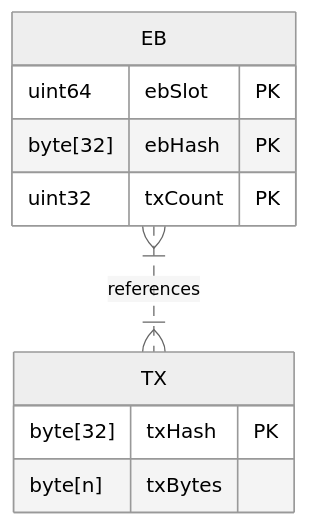
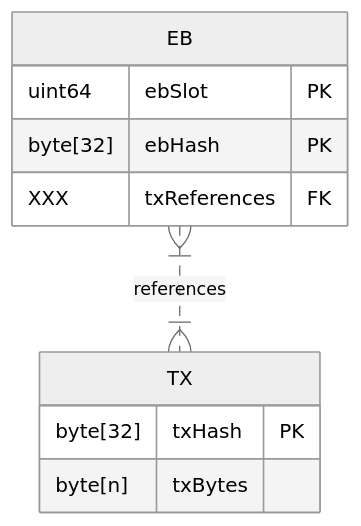
One commit to input-output-hk/ouroboros-leios changed the first of 4 diagrams in docs/leios-design/RelationalStorage.md. Above: the diagram before and after it, drawn with Mermaid (neutral theme).

Commit message:
TOSQUASH add synthetic field in logical ER diagram

````diff
--- a/docs/leios-design/RelationalStorage.md
+++ b/docs/leios-design/RelationalStorage.md
@@ -15,15 +15,15 @@
 ```mermaid
 erDiagram
     EB {
         uint64 ebSlot PK
         byte[32] ebHash PK
-        uint32 txCount PK
+        XXX txReferences FK
     }
 
     TX {
         byte[32] txHash PK
         byte[n] txBytes
     }
 
     EB   one or more   optionally to   one or more   TX : references
 ```
````
